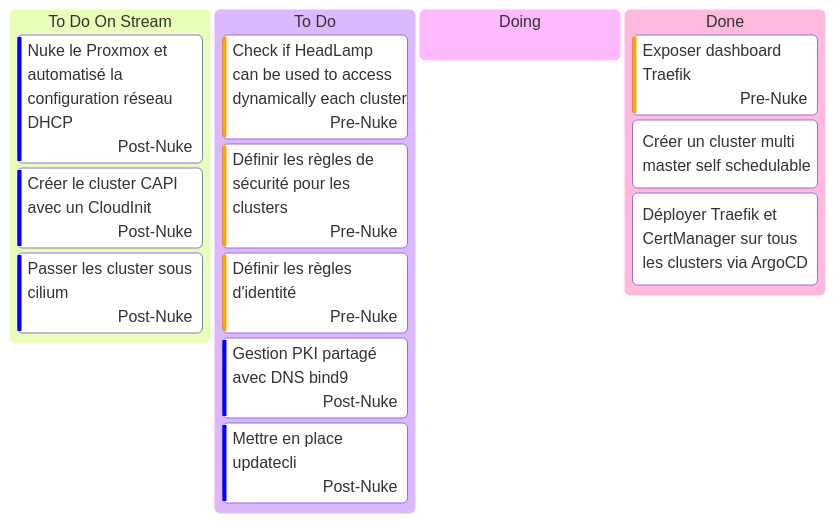
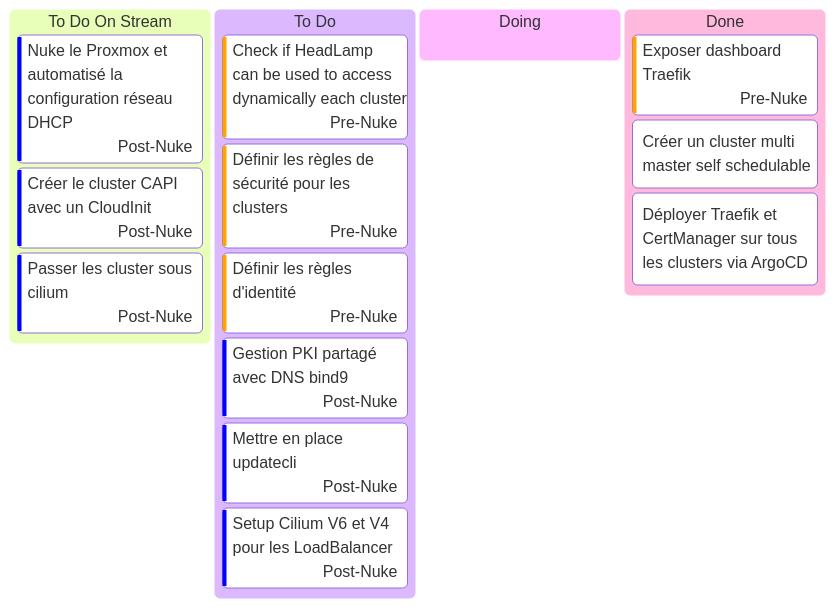
One commit to batleforc/weebo-si changed the diagram in docs/0.introduction/kanban.md. Above: the diagram before and after it, drawn with Mermaid. The commit also changed 1 other file, not shown here.

Commit message:
feat: setup terraform

````diff
--- a/docs/0.introduction/kanban.md
+++ b/docs/0.introduction/kanban.md
@@ -3,24 +3,25 @@
 ```mermaid
 ---
 config:
   kanban:
     ticketBaseUrl: 'https://github.com/batleforc/weebo-si/issue/#TICKET#'
 ---
 
 kanban
   todoS[To Do On Stream]
     us4[Nuke le Proxmox et automatisé la configuration réseau DHCP]@{ assigned: Post-Nuke, priority: 'Low'}
     us5[Créer le cluster CAPI avec un CloudInit]@{ assigned: Post-Nuke, priority: 'Low'}
     us6[Passer les cluster sous cilium]@{ assigned: Post-Nuke, priority: 'Low'}
   todo[To Do]
     use8[Check if HeadLamp can be used to access dynamically each cluster]@{ assigned: Pre-Nuke, priority: 'High'}
     us3[Définir les règles de sécurité pour les clusters]@{ assigned: Pre-Nuke, priority: 'High'}
     us8[Définir les règles d'identité]@{ assigned: Pre-Nuke, priority: 'High'}
     us7[Gestion PKI partagé avec DNS bind9]@{ assigned: Post-Nuke, priority: 'Low'}
     us9[Mettre en place updatecli]@{ assigned: Post-Nuke, priority: 'Low'}
+    use10[Setup Cilium V6 et V4 pour les LoadBalancer]@{ assigned: Post-Nuke, priority: 'Low'}
   doing[Doing]
   done[Done]
     us7[Exposer dashboard Traefik]@{ assigned: Pre-Nuke, priority: 'High'}
     us1[Créer un cluster multi master self schedulable]
     us2[Déployer Traefik et CertManager sur tous les clusters via ArgoCD]
 ```
````
